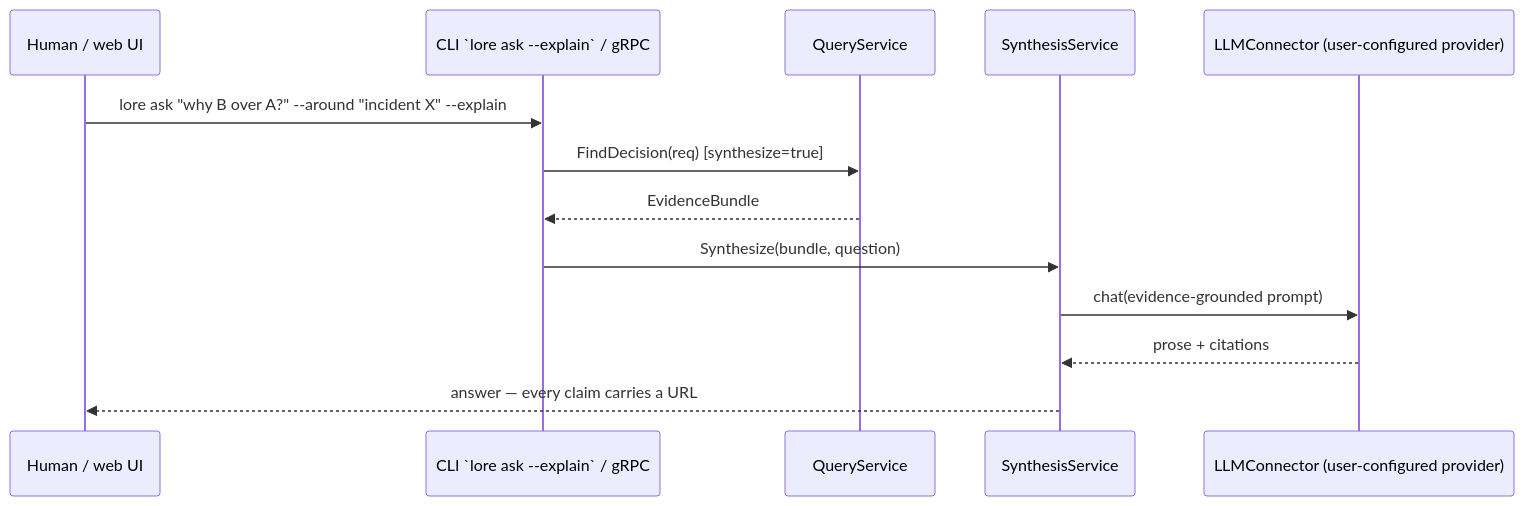
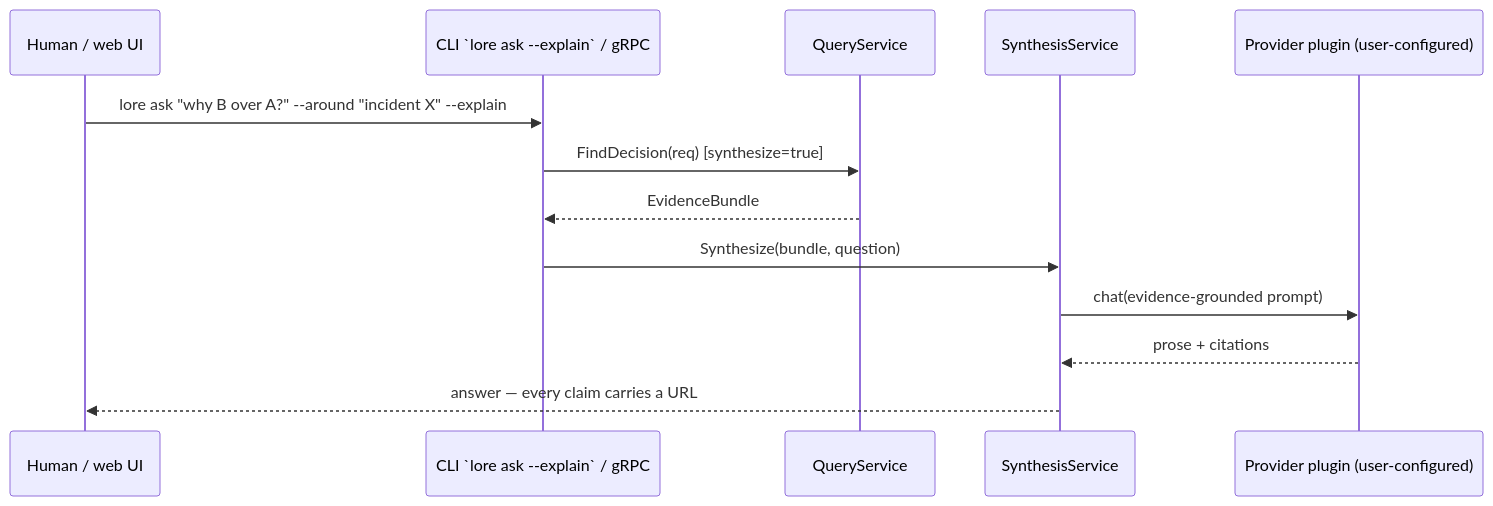
Before and after one commit to setthasit/Lore: the third of 3 diagrams in docs/v3/02-architecture.md, drawn with Mermaid. The commit also changed other lines of this file and 462 other files, not shown here.

First line of the commit message:
Refactor to plugin architecture (#33)

````diff
--- a/docs/v3/02-architecture.md
+++ b/docs/v3/02-architecture.md
@@ -198,15 +223,15 @@
 ```mermaid
 sequenceDiagram
     participant U as Human / web UI
     participant C as CLI `lore ask --explain` / gRPC
     participant Q as QueryService
     participant S as SynthesisService
-    participant L as LLMConnector (user-configured provider)
+    participant L as Provider plugin (user-configured)
     U->>C: lore ask "why B over A?" --around "incident X" --explain
     C->>Q: FindDecision(req) [synthesize=true]
     Q-->>C: EvidenceBundle
     C->>S: Synthesize(bundle, question)
     S->>L: chat(evidence-grounded prompt)
     L-->>S: prose + citations
     S-->>U: answer — every claim carries a URL
 ```
````
